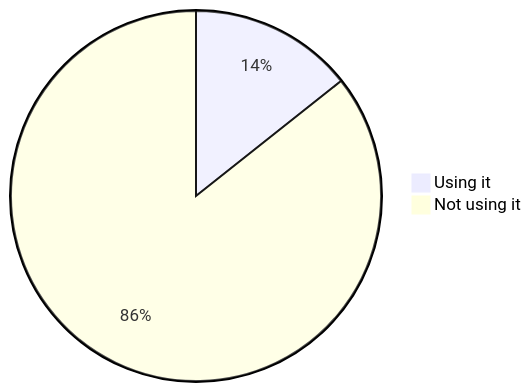
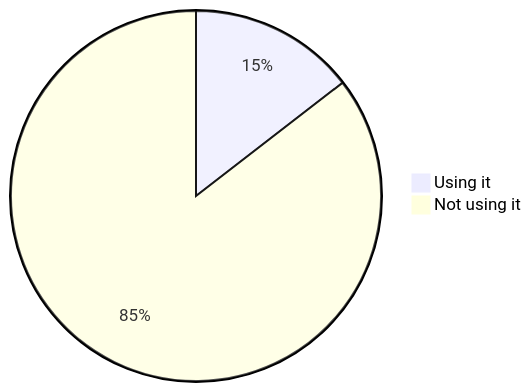
The fourth of 22 diagrams in stats.md (oshp/oshp-stats), drawn with Mermaid before and after one commit. The commit also changed other lines of this file, not shown here.

````diff
--- a/stats.md
+++ b/stats.md
@@ -46,6 +46,6 @@
 ```mermaid
 pie
-	"Using it" : 14.33
-	"Not using it" : 85.67
+	"Using it" : 14.53
+	"Not using it" : 85.47
 
 ```
````
